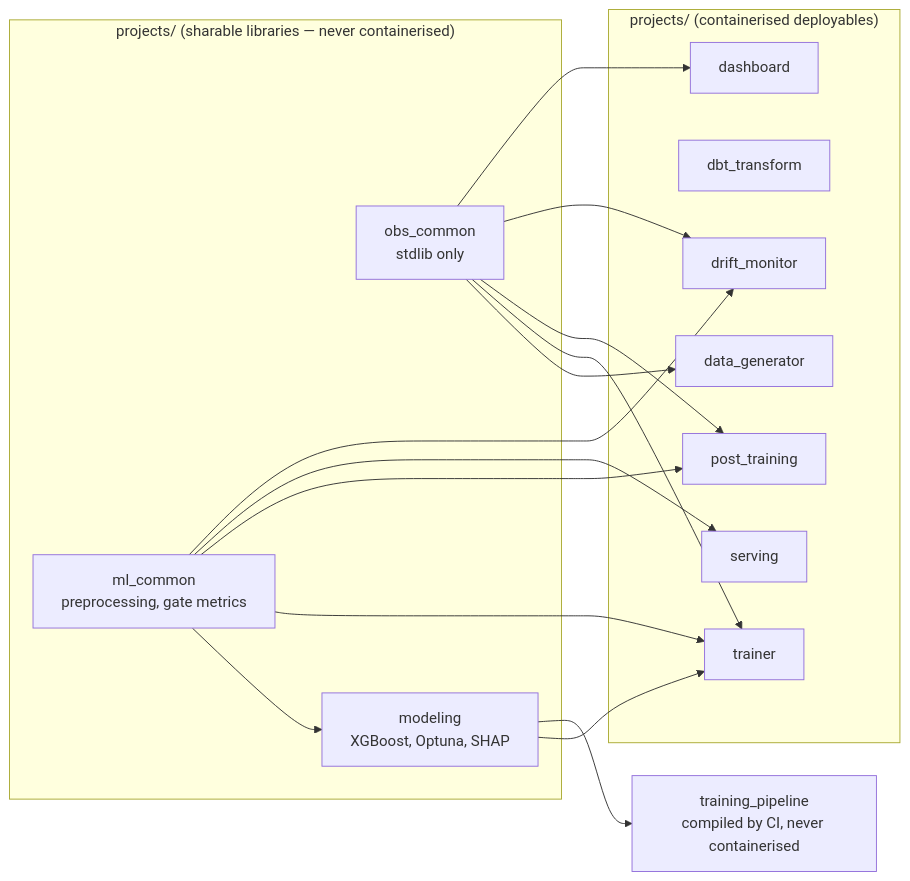
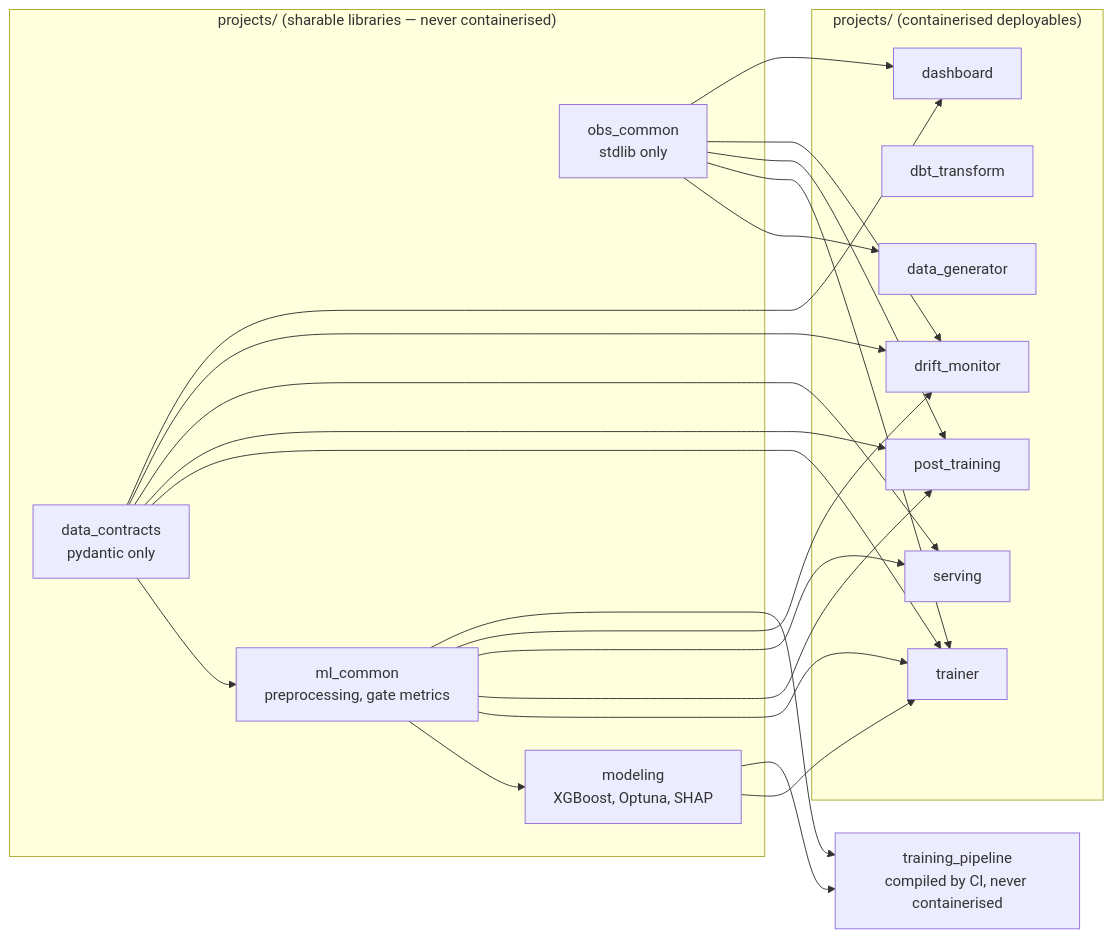
Before and after one commit to marcopellegrinoit/gcp-mlops-customer-churn: the diagram in docs/architecture.md, drawn with Mermaid. The commit also changed other lines of this file and 2 other files, not shown here.

First line of the commit message:
Add data_contracts to the dependency diagram and correct the import claims

````diff
--- a/docs/architecture.md
+++ b/docs/architecture.md
@@ -40,36 +40,45 @@
 ```mermaid
 flowchart LR
     subgraph Packages["projects/ (sharable libraries — never containerised)"]
         OBS[obs_common<br/>stdlib only]
+        DC[data_contracts<br/>pydantic only]
         MLC[ml_common<br/>preprocessing, gate metrics]
         MOD[modeling<br/>XGBoost, Optuna, SHAP]
     end
 
     subgraph Deployables["projects/ (containerised deployables)"]
         DG[data_generator]
         DBT[dbt_transform]
         TR[trainer]
         PT[post_training]
         SV[serving]
         DM[drift_monitor]
         DASH[dashboard]
     end
 
     TP[training_pipeline<br/>compiled by CI, never containerised]
 
+    DC --> MLC
     MLC --> MOD
 
     OBS --> DG
     OBS --> TR
     OBS --> PT
     OBS --> DM
     OBS --> DASH
 
+    DC --> TR
+    DC --> PT
+    DC --> SV
+    DC --> DM
+    DC --> DASH
+
     MLC --> TR
     MLC --> PT
     MLC --> SV
     MLC --> DM
+    MLC --> TP
 
     MOD --> TR
     MOD --> TP
 ```
````
